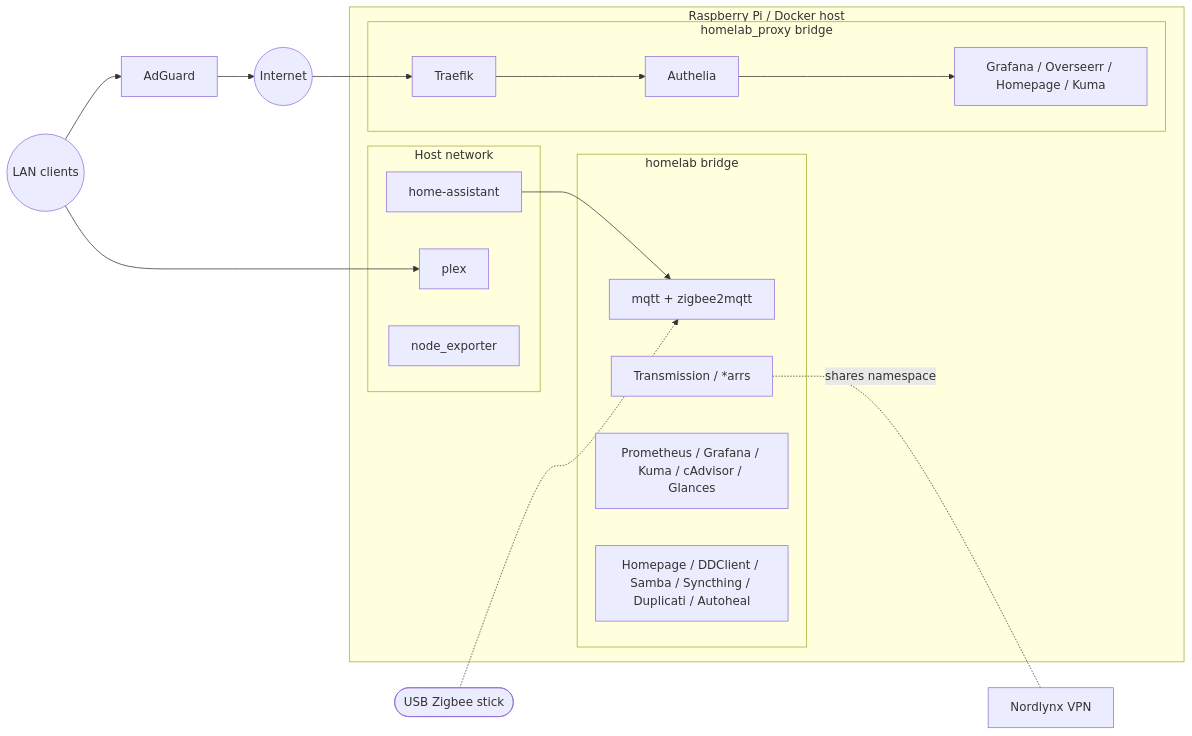
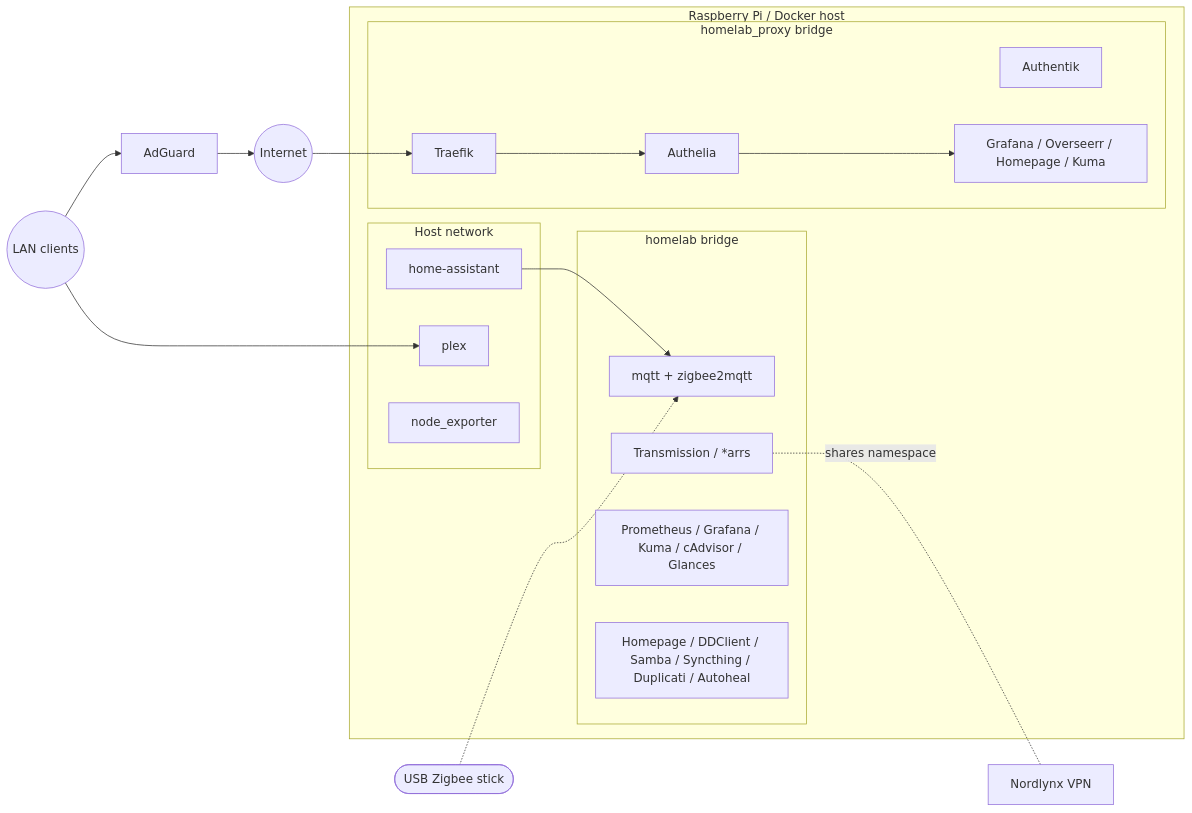
The diagram in README.md (AntoineGlacet/home-server), drawn with Mermaid before and after one commit. The commit also changed other lines of this file and 5 other files, not shown here.

````diff
--- a/README.md
+++ b/README.md
@@ -68,33 +69,34 @@
 ```mermaid
 flowchart LR
     subgraph Host["Raspberry Pi / Docker host"]
         subgraph HostNet["Host network"]
             homeassistant["home-assistant"]
             plex["plex"]
             nodeexporter["node_exporter"]
         end
 
         subgraph Homelab["homelab bridge"]
             mqtt["mqtt + zigbee2mqtt"]
             media["Transmission / *arrs"]
             monitoring["Prometheus / Grafana / Kuma / cAdvisor / Glances"]
             utilities["Homepage / DDClient / Samba / Syncthing / Duplicati / Autoheal"]
         end
 
         subgraph ProxyNet["homelab_proxy bridge"]
             traefik["Traefik"]
             authelia["Authelia"]
+            authentik["Authentik"]
             portals["Grafana / Overseerr / Homepage / Kuma"]
         end
     end
 
     internet((Internet)) --> traefik
     traefik --> authelia --> portals
     lan((LAN clients)) --> adguard["AdGuard"]
     lan --> plex
 
     media -. shares namespace .- nordlynx["Nordlynx VPN"]
     homeassistant --> mqtt
     zigbee_usb(["USB Zigbee stick"]) -.-> mqtt
     adguard --> internet
 ```
````
